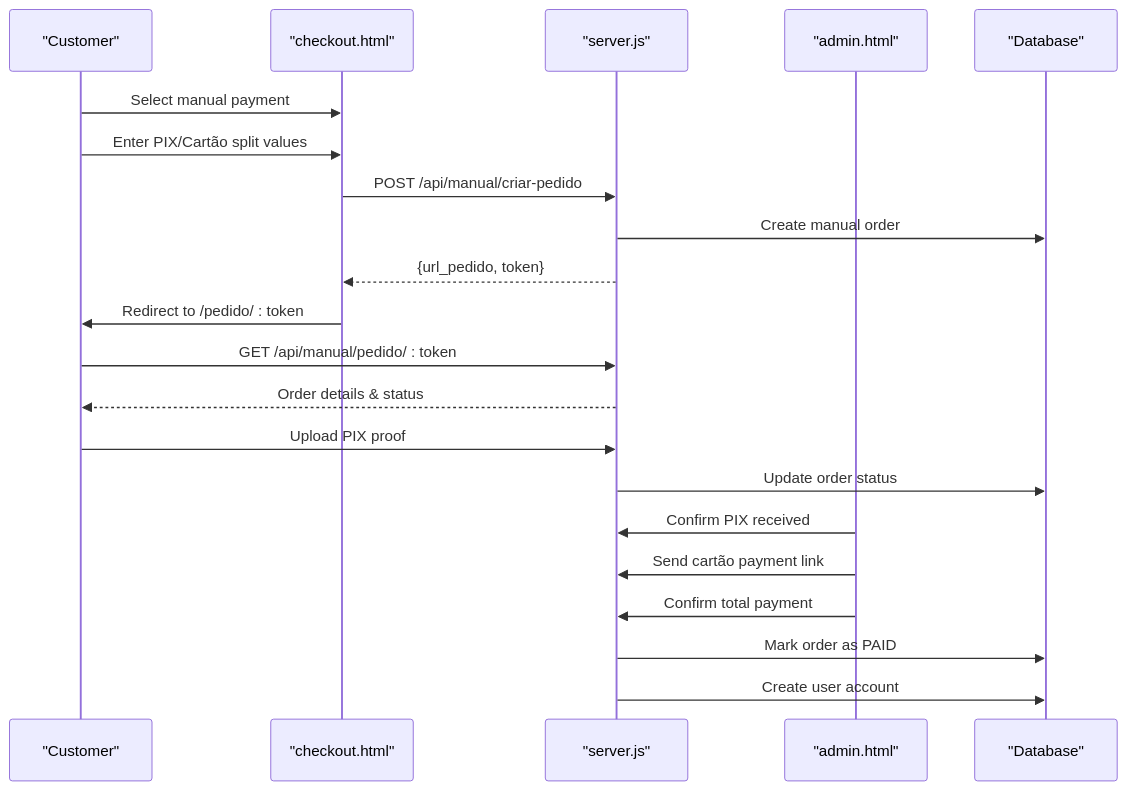
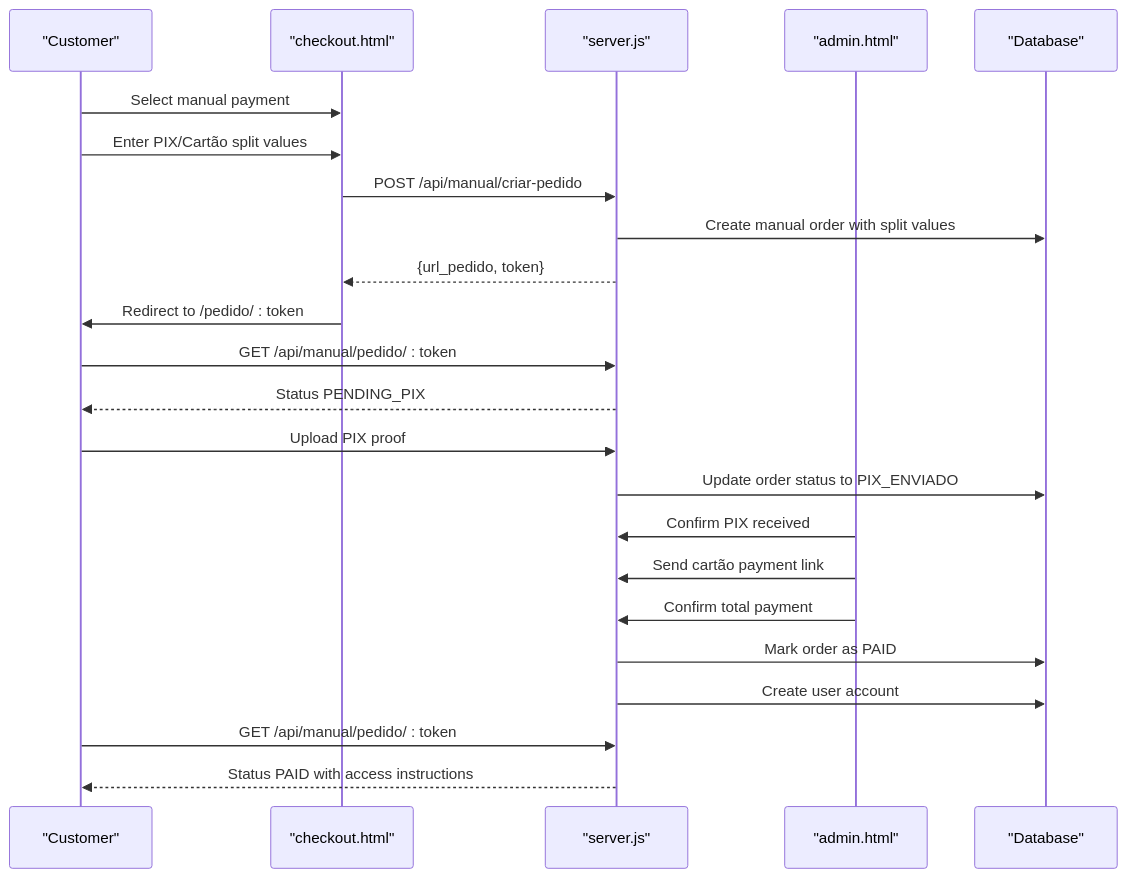
Before and after one commit to Alexandrexicara/qretiquetas.com: the seventh of 8 diagrams in .qoder/repowiki/en/content/Frontend Components/Checkout Interface (checkout.html).md, drawn with Mermaid. The commit also changed other lines of this file and 6 other files, not shown here.

````diff
--- a/.qoder/repowiki/en/content/Frontend Components/Checkout Interface (checkout.html).md
+++ b/.qoder/repowiki/en/content/Frontend Components/Checkout Interface (checkout.html).md
@@ -260,23 +295,25 @@
 ```mermaid
 sequenceDiagram
 participant Client as "Customer"
 participant Checkout as "checkout.html"
 participant Server as "server.js"
 participant Admin as "admin.html"
 participant DB as "Database"
 Client->>Checkout : Select manual payment
 Client->>Checkout : Enter PIX/Cartão split values
 Checkout->>Server : POST /api/manual/criar-pedido
-Server->>DB : Create manual order
+Server->>DB : Create manual order with split values
 Server-->>Checkout : {url_pedido, token}
 Checkout->>Client : Redirect to /pedido/ : token
 Client->>Server : GET /api/manual/pedido/ : token
-Server-->>Client : Order details & status
+Server-->>Client : Status PENDING_PIX
 Client->>Server : Upload PIX proof
-Server->>DB : Update order status
+Server->>DB : Update order status to PIX_ENVIADO
 Admin->>Server : Confirm PIX received
 Admin->>Server : Send cartão payment link
 Admin->>Server : Confirm total payment
 Server->>DB : Mark order as PAID
 Server->>DB : Create user account
+Client->>Server : GET /api/manual/pedido/ : token
+Server-->>Client : Status PAID with access instructions
 ```
````
